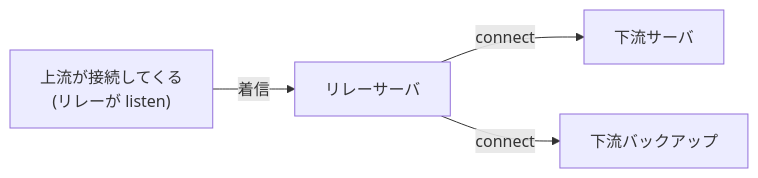
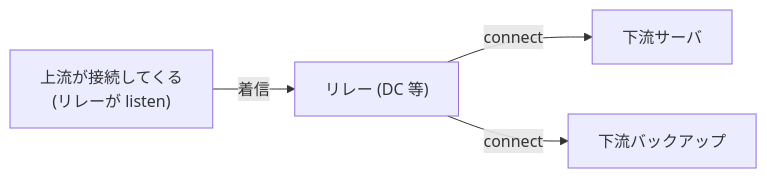
One commit to tanaka-ryuya/TCPRelayServer changed the fourth of 4 diagrams in README.md. Above: the diagram before and after it, drawn with Mermaid. The commit also changed other lines of this file, not shown here.

````diff
--- a/README.md
+++ b/README.md
@@ -131,6 +137,6 @@
 ```mermaid
 flowchart LR
-    U["上流が接続してくる<br/>(リレーが listen)"] -->|着信| R["リレーサーバ"]
-    R -->|connect| S1[下流サーバ]
-    R -->|connect| S2[下流バックアップ]
+    U["上流が接続してくる<br/>(リレーが listen)"] -->|着信| R["リレー (DC 等)"]
+    R -->|connect| S1["下流サーバ"]
+    R -->|connect| S2["下流バックアップ"]
 ```
````
